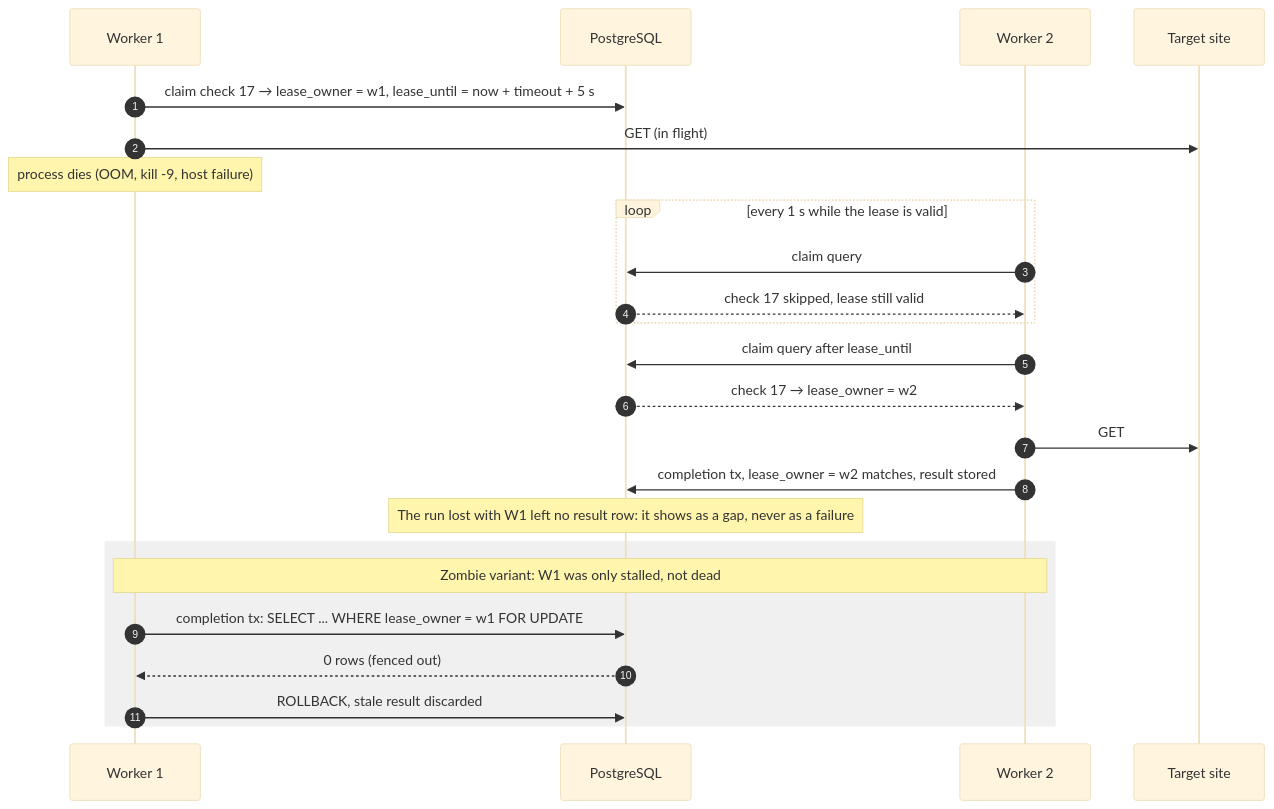
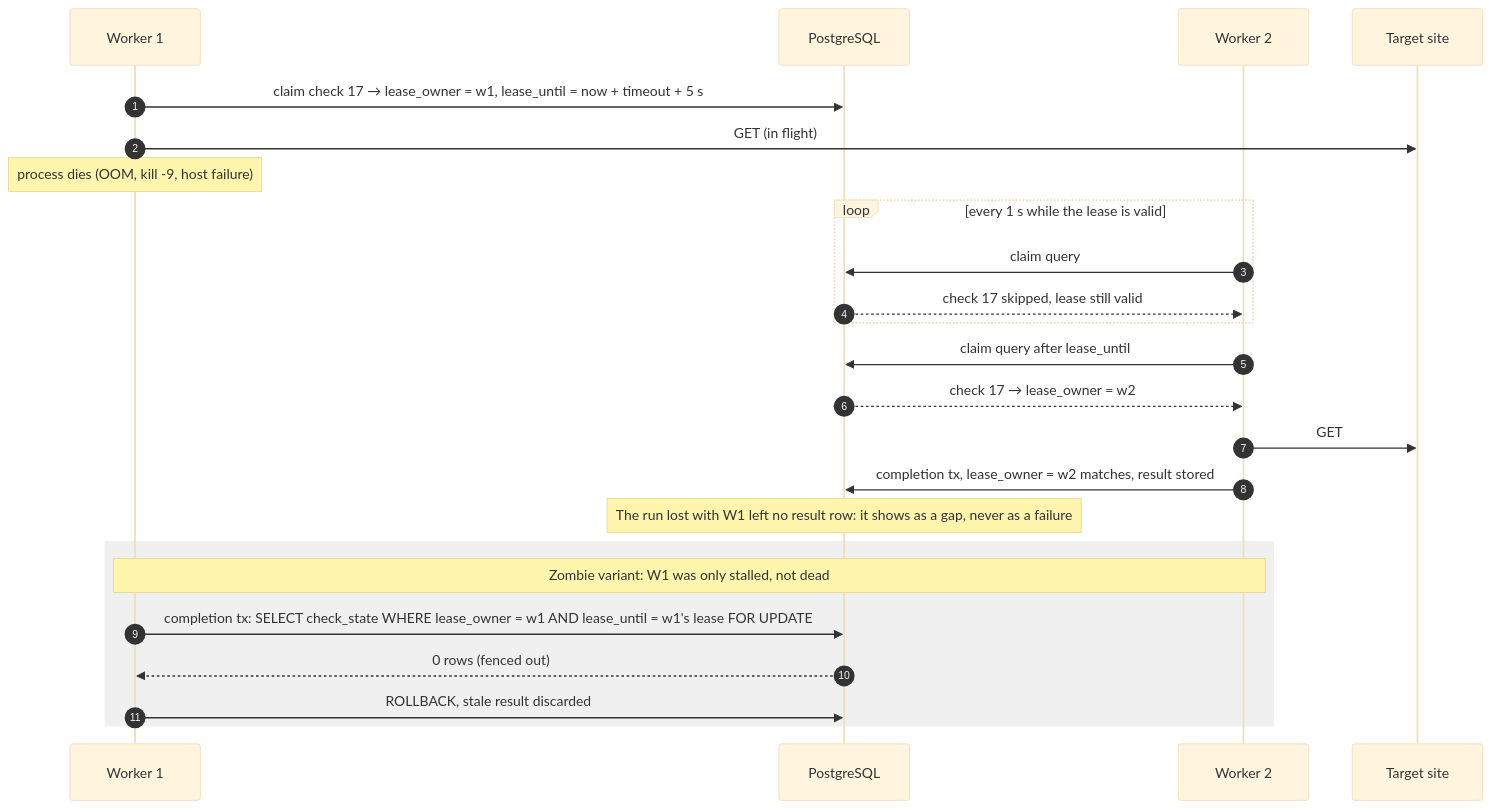
Before and after one commit to bidahmetov02/Sakshy: the fourth of 6 diagrams in design/sequences.md, drawn with Mermaid (base theme). The commit also changed other lines of this file and 2 other files, not shown here.

Commit message:
Design: read config after taking the check_state lock, in a separate statement

````diff
--- a/design/sequences.md
+++ b/design/sequences.md
@@ -142,27 +150,27 @@
 ```mermaid
 sequenceDiagram
     autonumber
     participant W1 as Worker 1
     participant DB as PostgreSQL
     participant W2 as Worker 2
     participant S as Target site
 
     W1->>DB: claim check 17 → lease_owner = w1, lease_until = now + timeout + 5 s
     W1->>S: GET (in flight)
     Note over W1: process dies (OOM, kill -9, host failure)
     loop every 1 s while the lease is valid
         W2->>DB: claim query
         DB-->>W2: check 17 skipped, lease still valid
     end
     W2->>DB: claim query after lease_until
     DB-->>W2: check 17 → lease_owner = w2
     W2->>S: GET
     W2->>DB: completion tx, lease_owner = w2 matches, result stored
     Note over DB: The run lost with W1 left no result row: it shows as a gap, never as a failure
     rect rgba(128, 128, 128, 0.12)
         Note over W1,W2: Zombie variant: W1 was only stalled, not dead
-        W1->>DB: completion tx: SELECT ... WHERE lease_owner = w1 FOR UPDATE
+        W1->>DB: completion tx: SELECT check_state WHERE lease_owner = w1 AND lease_until = w1's lease FOR UPDATE
         DB-->>W1: 0 rows (fenced out)
         W1->>DB: ROLLBACK, stale result discarded
     end
 ```
````
